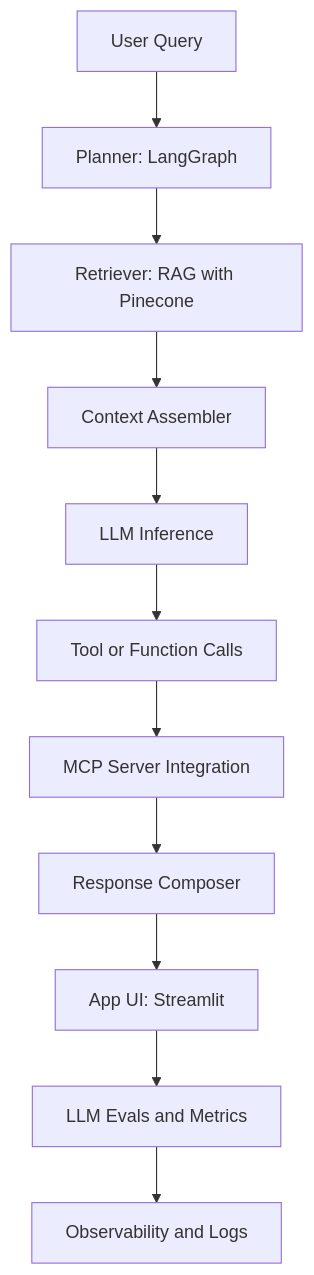
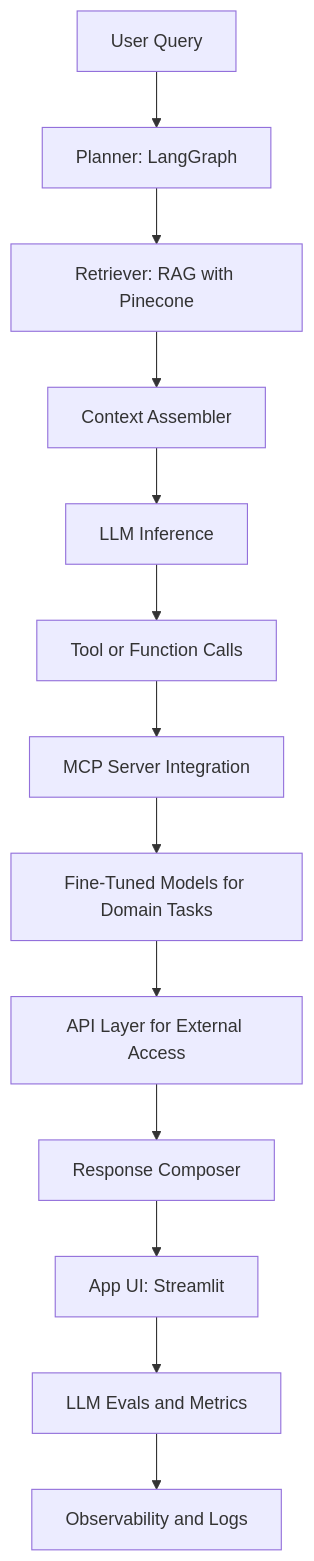
Before and after one commit to rajo69/rajo69: the diagram in README.md, drawn with Mermaid. The commit also changed other lines of this file, not shown here.

````diff
--- a/README.md
+++ b/README.md
@@ -73,13 +77,15 @@
 ```mermaid
 flowchart TD
   A[User Query] --> B[Planner: LangGraph]
   B --> C[Retriever: RAG with Pinecone]
   C --> D[Context Assembler]
   D --> E[LLM Inference]
   E --> F[Tool or Function Calls]
   F --> G[MCP Server Integration]
-  G --> H[Response Composer]
-  H --> I[App UI: Streamlit]
-  I --> J[LLM Evals and Metrics]
-  J --> K[Observability and Logs]
+  G --> H[Fine-Tuned Models for Domain Tasks]
+  H --> I[API Layer for External Access]
+  I --> J[Response Composer]
+  J --> K[App UI: Streamlit]
+  K --> L[LLM Evals and Metrics]
+  L --> M[Observability and Logs]
 ```
````
